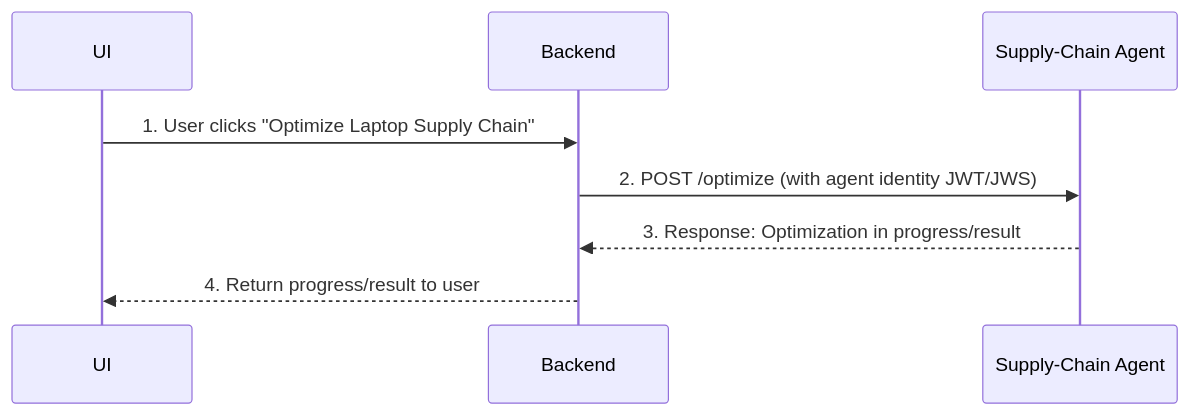
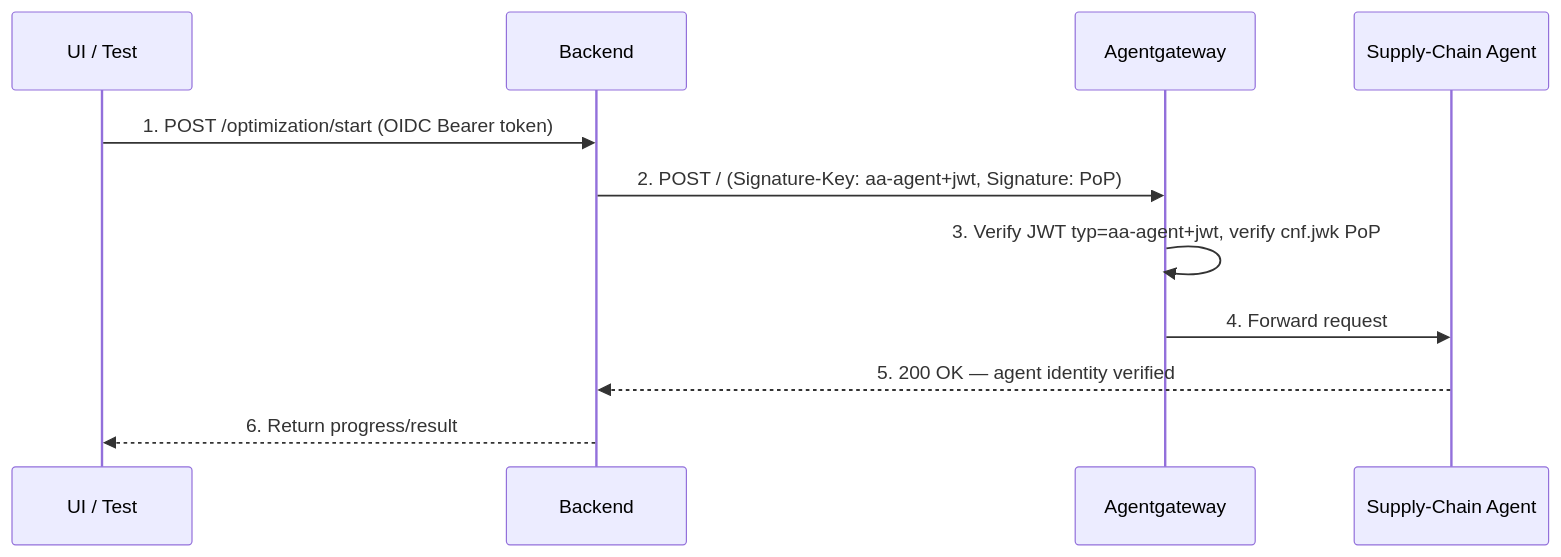
The first of 2 diagrams in docs/agent-identity-jwks.md (christian-posta/aauth-full-demo), drawn with Mermaid before and after one commit. The commit also changed other lines of this file and 7 other files, not shown here.

````diff
--- a/docs/agent-identity-jwks.md
+++ b/docs/agent-identity-jwks.md
@@ -103,11 +150,14 @@
 ```mermaid
 sequenceDiagram
-  participant UI as UI
+  participant UI as UI / Test
   participant BE as Backend
+  participant AGW as Agentgateway
   participant SCA as Supply-Chain Agent
 
-  UI->>BE: 1. User clicks "Optimize Laptop Supply Chain"
-  BE->>SCA: 2. POST /optimize (with agent identity JWT/JWS)
-  SCA-->>BE: 3. Response: Optimization in progress/result
-  BE-->>UI: 4. Return progress/result to user
+  UI->>BE: 1. POST /optimization/start (OIDC Bearer token)
+  BE->>AGW: 2. POST / (Signature-Key: aa-agent+jwt, Signature: PoP)
+  AGW->>AGW: 3. Verify JWT typ=aa-agent+jwt, verify cnf.jwk PoP
+  AGW->>SCA: 4. Forward request
+  SCA-->>BE: 5. 200 OK — agent identity verified
+  BE-->>UI: 6. Return progress/result
 ```
````
